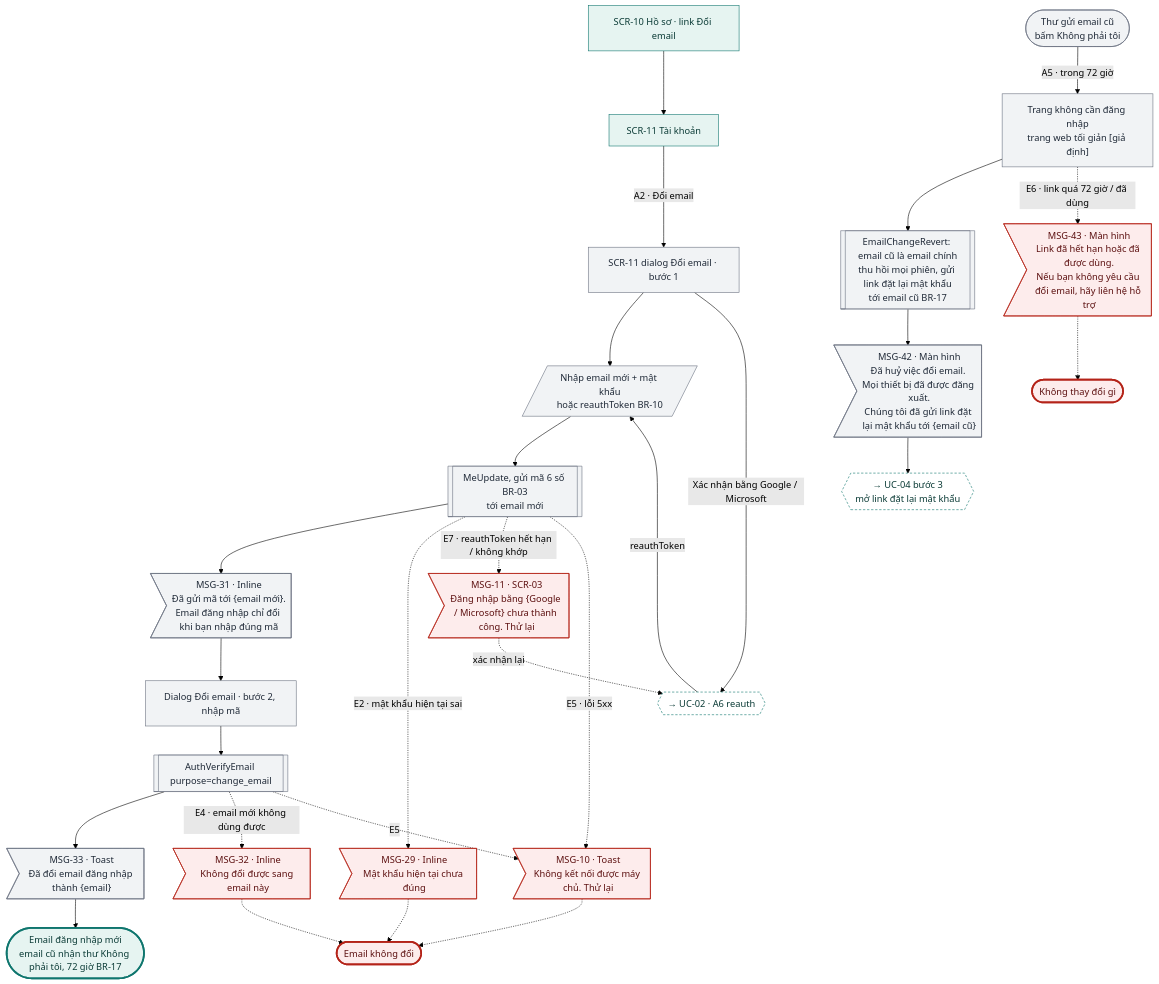
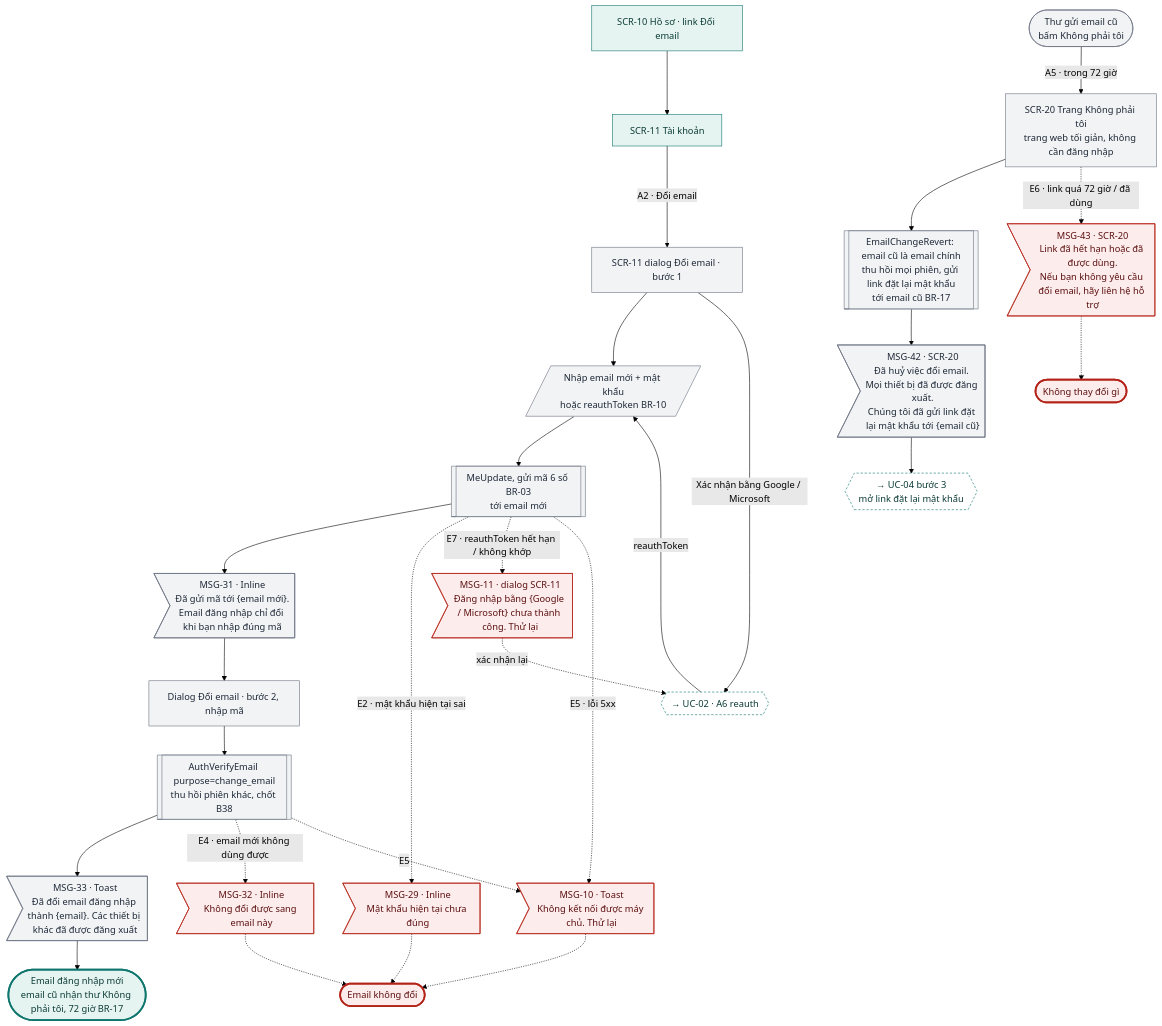
Before and after one commit to tannguyenho/personal-app: diagram 19 of 27 in docs/design-brief/flow/g01-tai-khoan.md, drawn with Mermaid (forest theme). The commit also changed other lines of this file and 6 other files, not shown here.

First line of the commit message:
docs(G01, G10): áp quyết định PO 09/11 vào SRS, PRD, flow; IA trỏ mã mới

````diff
--- a/docs/design-brief/flow/g01-tai-khoan.md
+++ b/docs/design-brief/flow/g01-tai-khoan.md
@@ -849,50 +853,50 @@
 ```mermaid
 flowchart TD
   s11["SCR-11 Tài khoản"]
   s10["SCR-10 Hồ sơ · link Đổi email"]
   s10 --> s11
 
   s11 -->|"A2 · Đổi email"| a2["SCR-11 dialog Đổi email · bước 1"]
   a2 --> a2u[/"Nhập email mới + mật khẩu<br/>hoặc reauthToken BR-10"/]
   a2 -->|"Xác nhận bằng Google / Microsoft"| rx{{"→ UC-02 · A6 reauth"}}
   rx -->|"reauthToken"| a2u
   a2u --> a2p[["MeUpdate, gửi mã 6 số BR-03<br/>tới email mới"]]
   a2p --> a2m>"MSG-31 · Inline<br/>Đã gửi mã tới {email mới}.<br/>Email đăng nhập chỉ đổi khi bạn nhập đúng mã"]
   a2m --> a2s["Dialog Đổi email · bước 2, nhập mã"]
-  a2s --> a2v[["AuthVerifyEmail purpose=change_email"]]
-  a2v --> a2m2>"MSG-33 · Toast<br/>Đã đổi email đăng nhập thành {email}"]
+  a2s --> a2v[["AuthVerifyEmail purpose=change_email<br/>thu hồi phiên khác, chốt B38"]]
+  a2v --> a2m2>"MSG-33 · Toast<br/>Đã đổi email đăng nhập thành {email}. Các thiết bị khác đã được đăng xuất"]
   a2m2 --> a2ok(["Email đăng nhập mới<br/>email cũ nhận thư Không phải tôi, 72 giờ BR-17"])
 
   a2v -.->|"E4 · email mới không dùng được"| e4m>"MSG-32 · Inline<br/>Không đổi được sang email này"]
   a2p -.->|"E2 · mật khẩu hiện tại sai"| e2m>"MSG-29 · Inline<br/>Mật khẩu hiện tại chưa đúng"]
-  a2p -.->|"E7 · reauthToken hết hạn / không khớp"| e7m>"MSG-11 · SCR-03<br/>Đăng nhập bằng {Google / Microsoft} chưa thành công. Thử lại"]
+  a2p -.->|"E7 · reauthToken hết hạn / không khớp"| e7m>"MSG-11 · dialog SCR-11<br/>Đăng nhập bằng {Google / Microsoft} chưa thành công. Thử lại"]
   e7m -.->|"xác nhận lại"| rx
   a2p -.->|"E5 · lỗi 5xx"| e5m>"MSG-10 · Toast<br/>Không kết nối được máy chủ. Thử lại"]
   a2v -.->|"E5"| e5m
   e4m -.-> fail(["Email không đổi"])
   e2m -.-> fail
   e5m -.-> fail
 
-  a5s(["Thư gửi email cũ<br/>bấm Không phải tôi"]) -->|"A5 · trong 72 giờ"| a5w["Trang không cần đăng nhập<br/>trang web tối giản [giả định]"]
+  a5s(["Thư gửi email cũ<br/>bấm Không phải tôi"]) -->|"A5 · trong 72 giờ"| a5w["SCR-20 Trang Không phải tôi<br/>trang web tối giản, không cần đăng nhập"]
   a5w --> a5p[["EmailChangeRevert: email cũ là email chính<br/>thu hồi mọi phiên, gửi link đặt lại mật khẩu<br/>tới email cũ BR-17"]]
-  a5p --> a5m>"MSG-42 · Màn hình<br/>Đã huỷ việc đổi email. Mọi thiết bị đã được đăng xuất.<br/>Chúng tôi đã gửi link đặt lại mật khẩu tới {email cũ}"]
+  a5p --> a5m>"MSG-42 · SCR-20<br/>Đã huỷ việc đổi email. Mọi thiết bị đã được đăng xuất.<br/>Chúng tôi đã gửi link đặt lại mật khẩu tới {email cũ}"]
   a5m --> x4{{"→ UC-04 bước 3<br/>mở link đặt lại mật khẩu"}}
-  a5w -.->|"E6 · link quá 72 giờ / đã dùng"| e6m>"MSG-43 · Màn hình<br/>Link đã hết hạn hoặc đã được dùng.<br/>Nếu bạn không yêu cầu đổi email, hãy liên hệ hỗ trợ"]
+  a5w -.->|"E6 · link quá 72 giờ / đã dùng"| e6m>"MSG-43 · SCR-20<br/>Link đã hết hạn hoặc đã được dùng.<br/>Nếu bạn không yêu cầu đổi email, hãy liên hệ hỗ trợ"]
   e6m -.-> e6(["Không thay đổi gì"])
 
   class s11,s10 happy
   class a2,a2u,a2p,a2m,a2s,a2v,a2m2,a5s,a5w,a5p,a5m alt
   class rx,x4 link
   class e4m,e2m,e7m,e5m,e6m err
   class a2ok done
   class fail,e6 fail
   classDef happy fill:#E6F4F1,stroke:#0F766E,color:#0B3B36
   classDef alt fill:#F1F3F5,stroke:#6B7280,color:#1F2937
   classDef err fill:#FDECEC,stroke:#B42318,color:#5C1010
   classDef warn fill:#FEF4E2,stroke:#B45309,color:#4A2604
   classDef ai fill:#F1ECFD,stroke:#6D28D9,color:#2E1065
   classDef sync fill:#FFFFFF,stroke:#6B7280,stroke-dasharray:4 3,color:#1F2937
   classDef link fill:#FFFFFF,stroke:#0F766E,stroke-dasharray:4 3,color:#0B3B36
   classDef done fill:#E6F4F1,stroke:#0F766E,stroke-width:3px,color:#0B3B36
   classDef fail fill:#FDECEC,stroke:#B42318,stroke-width:3px,color:#5C1010
 ```
````
